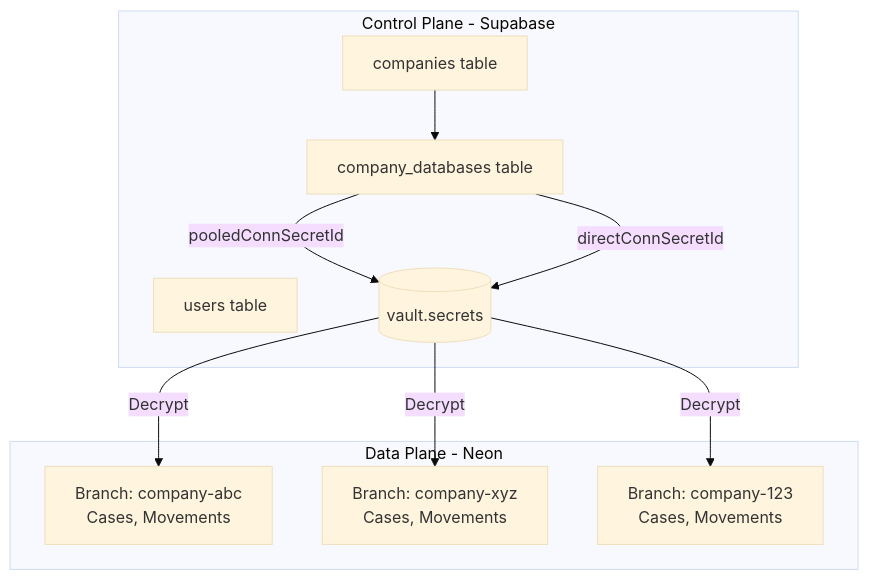
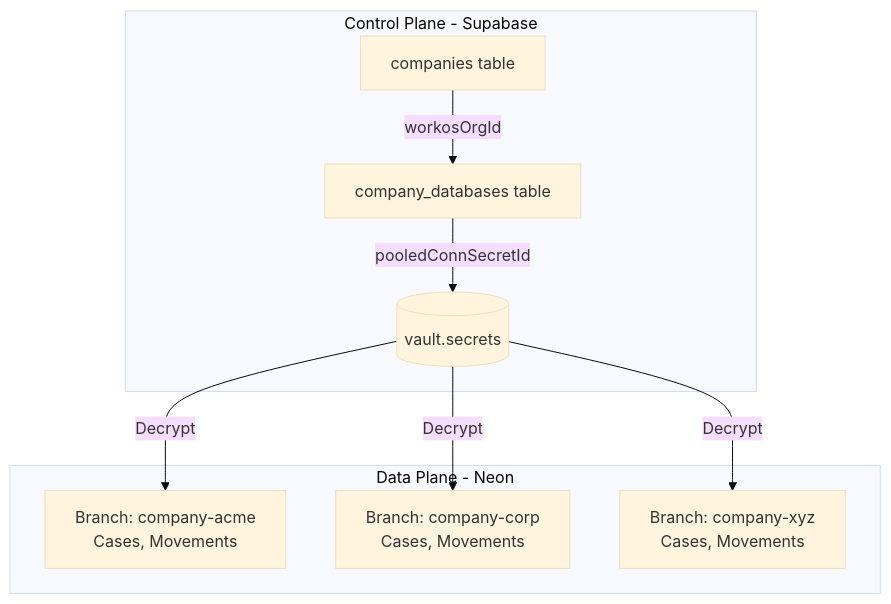
The third of 3 diagrams in en/architecture/security.mdx (GetClamo/docs), drawn with Mermaid (base theme) before and after one commit. The commit also changed other lines of this file and 10 other files, not shown here.

First line of the commit message:
docs: update architecture documentation for data model, RRS pattern, service SDKs, and security

````diff
--- a/en/architecture/security.mdx
+++ b/en/architecture/security.mdx
@@ -139,23 +285,21 @@
 ```mermaid
 flowchart TB
     subgraph Control [Control Plane - Supabase]
         Companies[companies table]
         CompanyDB[company_databases table]
-        Users[users table]
         Vault[(vault.secrets)]
     end
     
     subgraph Data [Data Plane - Neon]
-        Branch1[Branch: company-abc<br/>Cases, Movements]
-        Branch2[Branch: company-xyz<br/>Cases, Movements]
-        Branch3[Branch: company-123<br/>Cases, Movements]
+        Branch1[Branch: company-acme<br/>Cases, Movements]
+        Branch2[Branch: company-corp<br/>Cases, Movements]
+        Branch3[Branch: company-xyz<br/>Cases, Movements]
     end
     
-    Companies --> CompanyDB
+    Companies -->|workosOrgId| CompanyDB
     CompanyDB -->|pooledConnSecretId| Vault
-    CompanyDB -->|directConnSecretId| Vault
     
     Vault -->|Decrypt| Branch1
     Vault -->|Decrypt| Branch2
     Vault -->|Decrypt| Branch3
 ```
````
